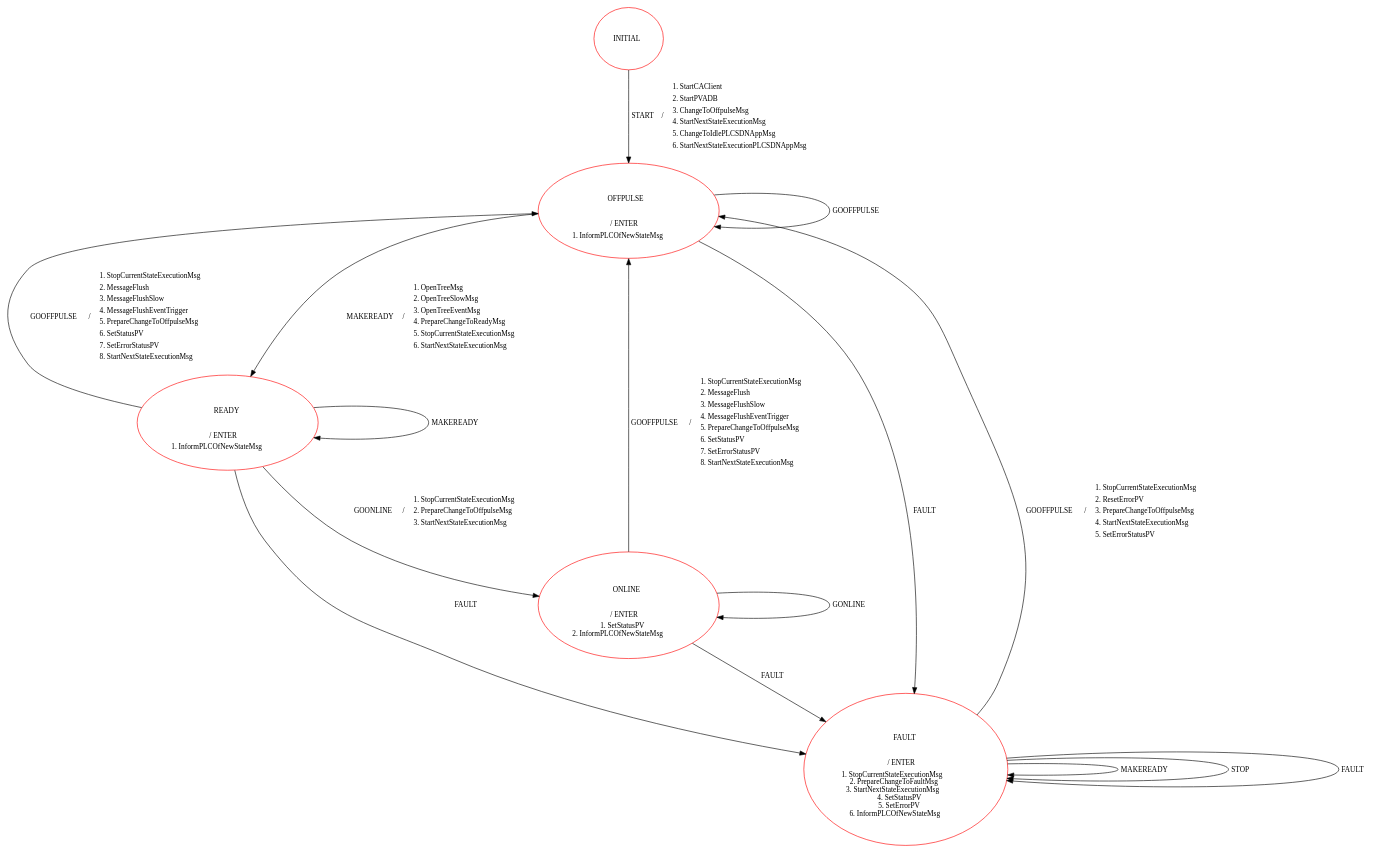
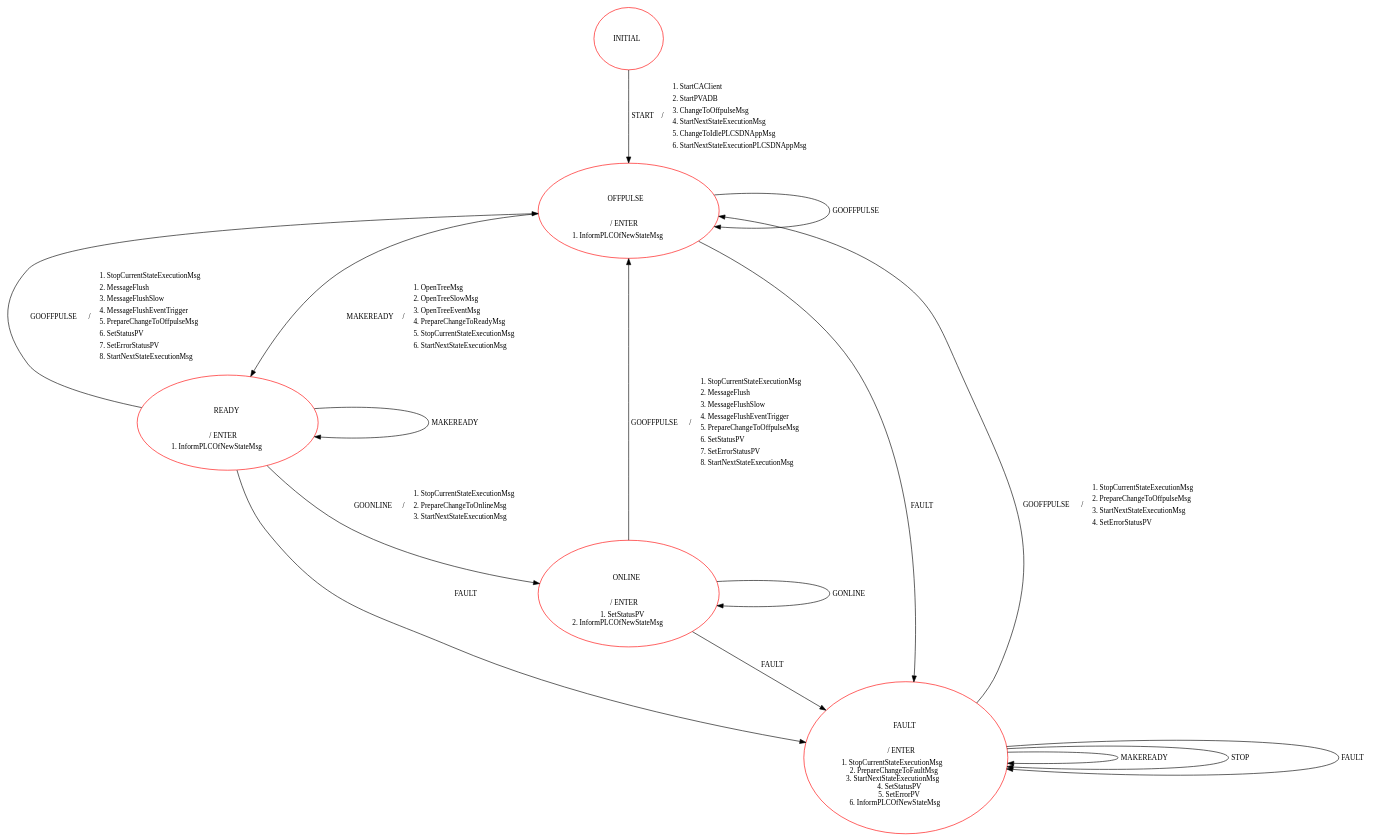
The diagram in Documentation/Images/FalconFastControlStateMachine.gv (aneto0/Fast-Control-Falcon), drawn with Graphviz before and after one commit. The commit also changed 3 other files, not shown here.

```diff
--- a/Documentation/Images/FalconFastControlStateMachine.gv
+++ b/Documentation/Images/FalconFastControlStateMachine.gv
@@ -1,24 +1,24 @@
 digraph G {
 rankdir=TD
 nodesep=2.5
 "INITIAL" [style=filled, fillcolor=white, color=red,label=<<TABLE border="0" cellborder="0"><TR><TD width="60" height="60"><font point-size="12">INITIAL</font></TD></TR></TABLE>>]
 "OFFPULSE" [style=filled, fillcolor=white, color=red,label=<<TABLE border="0" cellborder="0"><TR><TD width="60" height="60"><font point-size="12">OFFPULSE</font></TD></TR><TR><TD><font point-size="12"> / ENTER </font></TD></TR><TR><TD><font point-size="12">1. InformPLCOfNewStateMsg <BR/></font></TD></TR></TABLE>>]
 "READY" [style=filled, fillcolor=white, color=red,label=<<TABLE border="0" cellborder="0"><TR><TD width="60" height="60"><font point-size="12">READY</font></TD></TR><TR><TD><font point-size="12"> / ENTER </font></TD></TR><TR><TD><font point-size="12">1. InformPLCOfNewStateMsg <BR/></font></TD></TR></TABLE>>]
 "ONLINE" [style=filled, fillcolor=white, color=red,label=<<TABLE border="0" cellborder="0"><TR><TD width="60" height="60"><font point-size="12">ONLINE</font></TD></TR><TR><TD><font point-size="12"> / ENTER </font></TD></TR><TR><TD><font point-size="12">1. SetStatusPV <BR/>2. InformPLCOfNewStateMsg <BR/></font></TD></TR></TABLE>>]
 "FAULT" [style=filled, fillcolor=white, color=red,label=<<TABLE border="0" cellborder="0"><TR><TD width="60" height="60"><font point-size="12">FAULT</font></TD></TR><TR><TD><font point-size="12"> / ENTER </font></TD></TR><TR><TD><font point-size="12">1. StopCurrentStateExecutionMsg <BR/>2. PrepareChangeToFaultMsg <BR/>3. StartNextStateExecutionMsg <BR/>4. SetStatusPV <BR/>5. SetErrorPV <BR/>6. InformPLCOfNewStateMsg <BR/></font></TD></TR></TABLE>>]
 "INITIAL"->"OFFPULSE" [label= <<TABLE border="0" cellborder="0"><TR><TD ROWSPAN="6"><font point-size="12">START</font></TD><TD ALIGN="CENTER" ROWSPAN="6"><font point-size="12"> / </font></TD><TD ALIGN="LEFT"><font point-size="12">1. StartCAClient </font></TD></TR><TR><TD ALIGN="LEFT"><font point-size="12">2. StartPVADB </font></TD></TR><TR><TD ALIGN="LEFT"><font point-size="12">3. ChangeToOffpulseMsg </font></TD></TR><TR><TD ALIGN="LEFT"><font point-size="12">4. StartNextStateExecutionMsg </font></TD></TR><TR><TD ALIGN="LEFT"><font point-size="12">5. ChangeToIdlePLCSDNAppMsg </font></TD></TR><TR><TD ALIGN="LEFT"><font point-size="12">6. StartNextStateExecutionPLCSDNAppMsg </font></TD></TR></TABLE>>]
 "OFFPULSE"->"READY" [label= <<TABLE border="0" cellborder="0"><TR><TD ROWSPAN="6"><font point-size="12">MAKEREADY</font></TD><TD ALIGN="CENTER" ROWSPAN="6"><font point-size="12"> / </font></TD><TD ALIGN="LEFT"><font point-size="12">1. OpenTreeMsg </font></TD></TR><TR><TD ALIGN="LEFT"><font point-size="12">2. OpenTreeSlowMsg </font></TD></TR><TR><TD ALIGN="LEFT"><font point-size="12">3. OpenTreeEventMsg </font></TD></TR><TR><TD ALIGN="LEFT"><font point-size="12">4. PrepareChangeToReadyMsg </font></TD></TR><TR><TD ALIGN="LEFT"><font point-size="12">5. StopCurrentStateExecutionMsg </font></TD></TR><TR><TD ALIGN="LEFT"><font point-size="12">6. StartNextStateExecutionMsg </font></TD></TR></TABLE>>]
 "OFFPULSE"->"OFFPULSE" [label= <<TABLE border="0" cellborder="0"><TR><TD><font point-size="12">GOOFFPULSE</font></TD></TR></TABLE>>]
 "OFFPULSE"->"FAULT" [label= <<TABLE border="0" cellborder="0"><TR><TD><font point-size="12">FAULT</font></TD></TR></TABLE>>]
 "READY"->"FAULT" [label= <<TABLE border="0" cellborder="0"><TR><TD><font point-size="12">FAULT</font></TD></TR></TABLE>>]
-"READY"->"ONLINE" [label= <<TABLE border="0" cellborder="0"><TR><TD ROWSPAN="3"><font point-size="12">GOONLINE</font></TD><TD ALIGN="CENTER" ROWSPAN="3"><font point-size="12"> / </font></TD><TD ALIGN="LEFT"><font point-size="12">1. StopCurrentStateExecutionMsg </font></TD></TR><TR><TD ALIGN="LEFT"><font point-size="12">2. PrepareChangeToOffpulseMsg </font></TD></TR><TR><TD ALIGN="LEFT"><font point-size="12">3. StartNextStateExecutionMsg </font></TD></TR></TABLE>>]
+"READY"->"ONLINE" [label= <<TABLE border="0" cellborder="0"><TR><TD ROWSPAN="3"><font point-size="12">GOONLINE</font></TD><TD ALIGN="CENTER" ROWSPAN="3"><font point-size="12"> / </font></TD><TD ALIGN="LEFT"><font point-size="12">1. StopCurrentStateExecutionMsg </font></TD></TR><TR><TD ALIGN="LEFT"><font point-size="12">2. PrepareChangeToOnlineMsg </font></TD></TR><TR><TD ALIGN="LEFT"><font point-size="12">3. StartNextStateExecutionMsg </font></TD></TR></TABLE>>]
 "READY"->"OFFPULSE" [label= <<TABLE border="0" cellborder="0"><TR><TD ROWSPAN="8"><font point-size="12">GOOFFPULSE</font></TD><TD ALIGN="CENTER" ROWSPAN="8"><font point-size="12"> / </font></TD><TD ALIGN="LEFT"><font point-size="12">1. StopCurrentStateExecutionMsg </font></TD></TR><TR><TD ALIGN="LEFT"><font point-size="12">2. MessageFlush </font></TD></TR><TR><TD ALIGN="LEFT"><font point-size="12">3. MessageFlushSlow </font></TD></TR><TR><TD ALIGN="LEFT"><font point-size="12">4. MessageFlushEventTrigger </font></TD></TR><TR><TD ALIGN="LEFT"><font point-size="12">5. PrepareChangeToOffpulseMsg </font></TD></TR><TR><TD ALIGN="LEFT"><font point-size="12">6. SetStatusPV </font></TD></TR><TR><TD ALIGN="LEFT"><font point-size="12">7. SetErrorStatusPV </font></TD></TR><TR><TD ALIGN="LEFT"><font point-size="12">8. StartNextStateExecutionMsg </font></TD></TR></TABLE>>]
 "READY"->"READY" [label= <<TABLE border="0" cellborder="0"><TR><TD><font point-size="12">MAKEREADY</font></TD></TR></TABLE>>]
 "ONLINE"->"FAULT" [label= <<TABLE border="0" cellborder="0"><TR><TD><font point-size="12">FAULT</font></TD></TR></TABLE>>]
 "ONLINE"->"OFFPULSE" [label= <<TABLE border="0" cellborder="0"><TR><TD ROWSPAN="8"><font point-size="12">GOOFFPULSE</font></TD><TD ALIGN="CENTER" ROWSPAN="8"><font point-size="12"> / </font></TD><TD ALIGN="LEFT"><font point-size="12">1. StopCurrentStateExecutionMsg </font></TD></TR><TR><TD ALIGN="LEFT"><font point-size="12">2. MessageFlush </font></TD></TR><TR><TD ALIGN="LEFT"><font point-size="12">3. MessageFlushSlow </font></TD></TR><TR><TD ALIGN="LEFT"><font point-size="12">4. MessageFlushEventTrigger </font></TD></TR><TR><TD ALIGN="LEFT"><font point-size="12">5. PrepareChangeToOffpulseMsg </font></TD></TR><TR><TD ALIGN="LEFT"><font point-size="12">6. SetStatusPV </font></TD></TR><TR><TD ALIGN="LEFT"><font point-size="12">7. SetErrorStatusPV </font></TD></TR><TR><TD ALIGN="LEFT"><font point-size="12">8. StartNextStateExecutionMsg </font></TD></TR></TABLE>>]
 "ONLINE"->"ONLINE" [label= <<TABLE border="0" cellborder="0"><TR><TD><font point-size="12">GONLINE</font></TD></TR></TABLE>>]
-"FAULT"->"OFFPULSE" [label= <<TABLE border="0" cellborder="0"><TR><TD ROWSPAN="5"><font point-size="12">GOOFFPULSE</font></TD><TD ALIGN="CENTER" ROWSPAN="5"><font point-size="12"> / </font></TD><TD ALIGN="LEFT"><font point-size="12">1. StopCurrentStateExecutionMsg </font></TD></TR><TR><TD ALIGN="LEFT"><font point-size="12">2. ResetErrorPV </font></TD></TR><TR><TD ALIGN="LEFT"><font point-size="12">3. PrepareChangeToOffpulseMsg </font></TD></TR><TR><TD ALIGN="LEFT"><font point-size="12">4. StartNextStateExecutionMsg </font></TD></TR><TR><TD ALIGN="LEFT"><font point-size="12">5. SetErrorStatusPV </font></TD></TR></TABLE>>]
+"FAULT"->"OFFPULSE" [label= <<TABLE border="0" cellborder="0"><TR><TD ROWSPAN="4"><font point-size="12">GOOFFPULSE</font></TD><TD ALIGN="CENTER" ROWSPAN="4"><font point-size="12"> / </font></TD><TD ALIGN="LEFT"><font point-size="12">1. StopCurrentStateExecutionMsg </font></TD></TR><TR><TD ALIGN="LEFT"><font point-size="12">2. PrepareChangeToOffpulseMsg </font></TD></TR><TR><TD ALIGN="LEFT"><font point-size="12">3. StartNextStateExecutionMsg </font></TD></TR><TR><TD ALIGN="LEFT"><font point-size="12">4. SetErrorStatusPV </font></TD></TR></TABLE>>]
 "FAULT"->"FAULT" [label= <<TABLE border="0" cellborder="0"><TR><TD><font point-size="12">MAKEREADY</font></TD></TR></TABLE>>]
 "FAULT"->"FAULT" [label= <<TABLE border="0" cellborder="0"><TR><TD><font point-size="12">STOP</font></TD></TR></TABLE>>]
 "FAULT"->"FAULT" [label= <<TABLE border="0" cellborder="0"><TR><TD><font point-size="12">FAULT</font></TD></TR></TABLE>>]
 }
```
